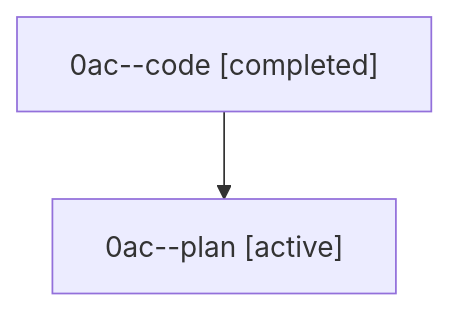
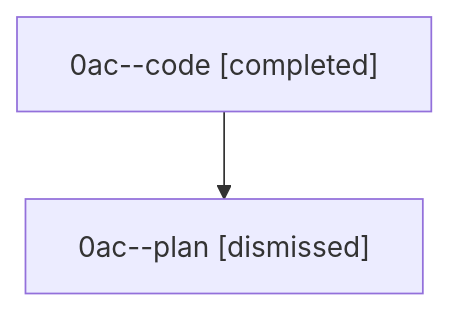
Before and after one commit to sase-org/sase--agents: the diagram in sessions/bbugyi200.athena.0ac.md, drawn with Mermaid. The commit also changed other lines of this file and 25 other files, not shown here.

````diff
--- a/sessions/bbugyi200.athena.0ac.md
+++ b/sessions/bbugyi200.athena.0ac.md
@@ -9,6 +9,6 @@
 ```mermaid
 flowchart TD
   n0["0ac--code [completed]"]
-  n1["0ac--plan [active]"]
+  n1["0ac--plan [dismissed]"]
   n0 --> n1
 ```
````
